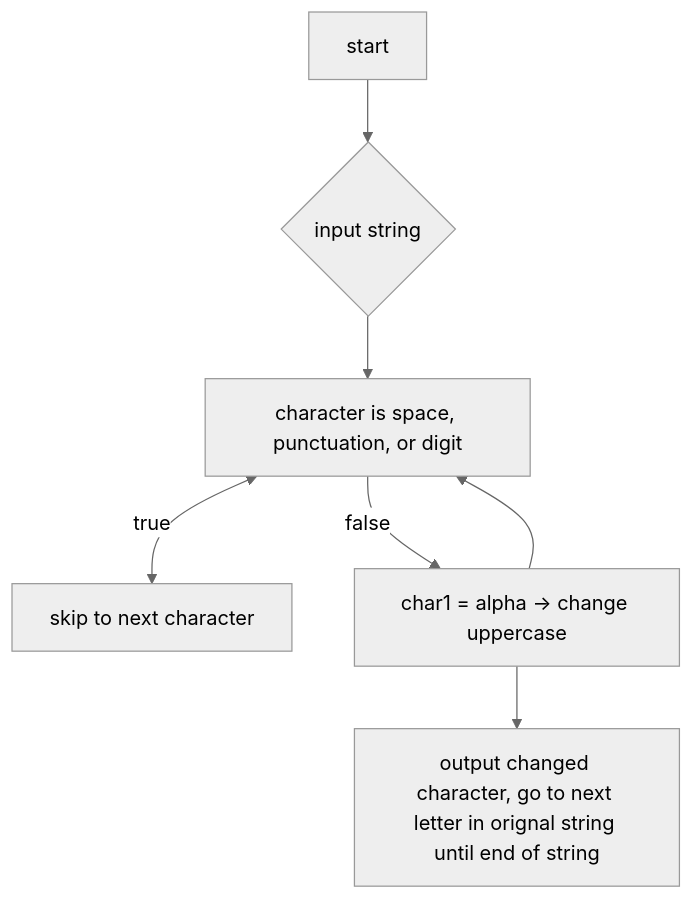
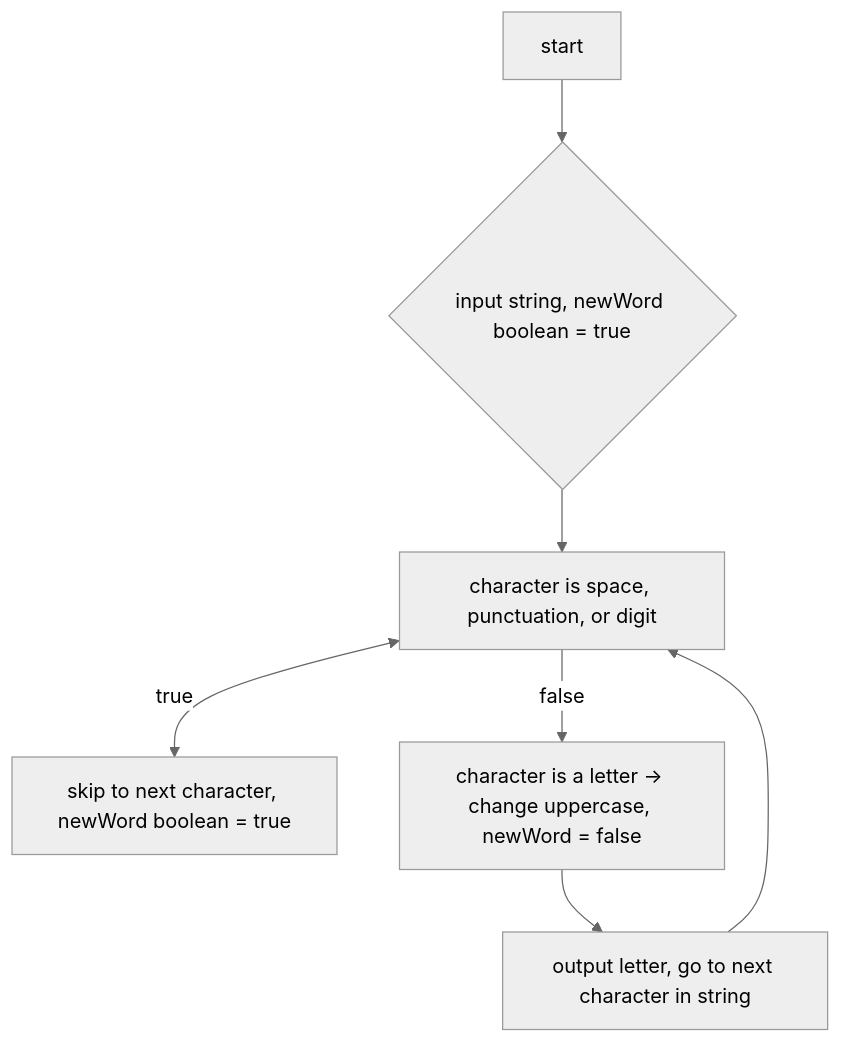
Before and after one commit to DatBoiBeRolling/C-plus-plus: the diagram in chapter4/mytitle-flow.mmd, drawn with Mermaid (neutral theme). The commit also changed 2 other files, not shown here.

```diff
--- a/chapter4/mytitle-flow.mmd
+++ b/chapter4/mytitle-flow.mmd
@@ -1,9 +1,9 @@
 flowchart TD
 
 	mystart[start]
-	mystart --> input{input string}
+	mystart --> input{input string, newWord boolean = true}
 	input --> charFlag1[character is space, punctuation, or digit]
-	charFlag1 <--> |true| res1[skip to next character]
-	charFlag1 --> |false| res2[char1 = alpha -> change uppercase]
-	res2 --> out1[output changed character, go to next letter in orignal string until end of string]
-	res2 --> charFlag1
+	charFlag1 <--> |true| res1[skip to next character, newWord boolean = true]
+	charFlag1 --> |false| res2[character is a letter -> change uppercase, newWord = false]
+	res2 --> change1[output letter, go to next character in string]
+	change1 --> charFlag1
```
